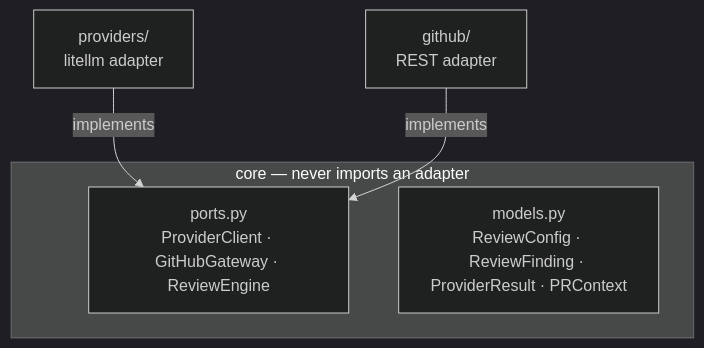
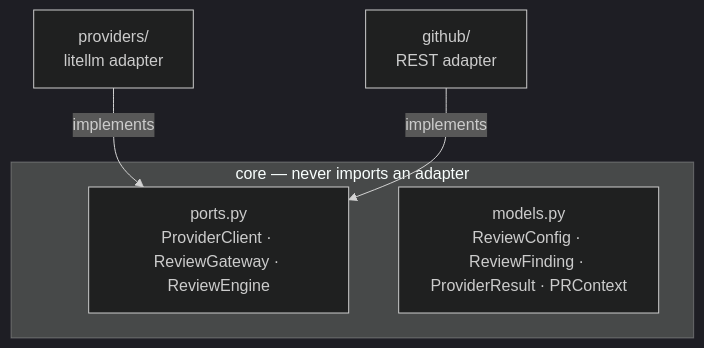
One commit to MattJColes/lgtmaybe changed the first of 2 diagrams in docs/explanation/architecture.md. Above: the diagram before and after it, drawn with Mermaid (dark theme). The commit also changed other lines of this file and 22 other files, not shown here.

````diff
--- a/docs/explanation/architecture.md
+++ b/docs/explanation/architecture.md
@@ -14,9 +14,9 @@
 ```mermaid
 flowchart TB
     subgraph core["core — never imports an adapter"]
-        ports["ports.py<br/>ProviderClient · GitHubGateway · ReviewEngine"]
+        ports["ports.py<br/>ProviderClient · ReviewGateway · ReviewEngine"]
         models["models.py<br/>ReviewConfig · ReviewFinding · ProviderResult · PRContext"]
     end
     providers["providers/<br/>litellm adapter"] -- implements --> ports
     github["github/<br/>REST adapter"] -- implements --> ports
 ```
````
